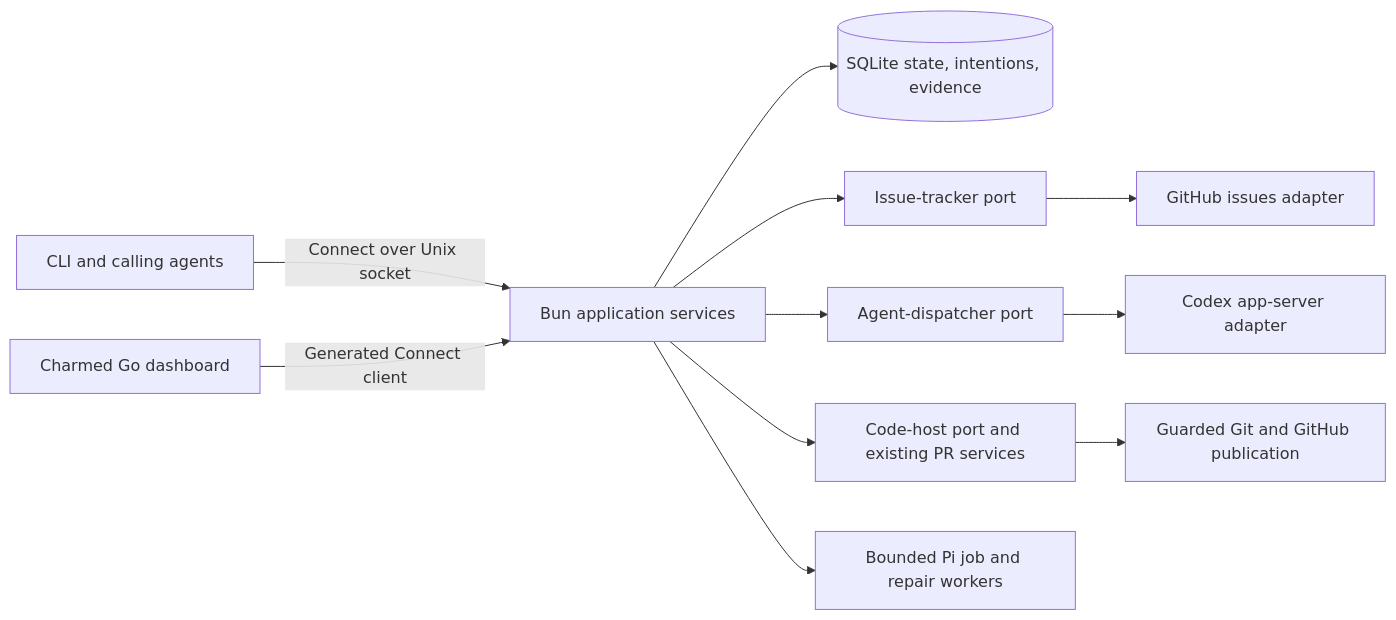
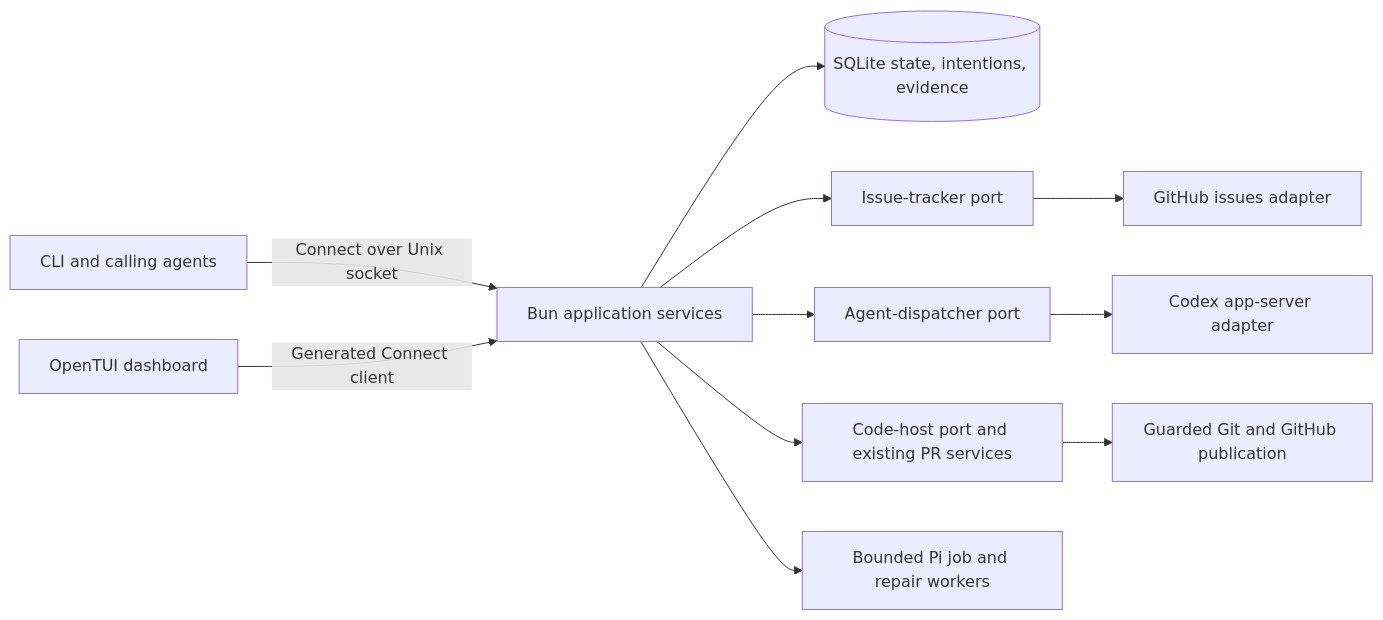
One commit to lanej/octo-manager changed the first of 2 diagrams in docs/architecture.md. Above: the diagram before and after it, drawn with Mermaid. The commit also changed other lines of this file and 126 other files, not shown here.

First line of the commit message:
refactor(tui): replace the Go dashboard with OpenTUI (#104)

````diff
--- a/docs/architecture.md
+++ b/docs/architecture.md
@@ -7,13 +7,13 @@
 ```mermaid
 flowchart LR
     CLI[CLI and calling agents] -->|Connect over Unix socket| App[Bun application services]
-    TUI[Charmed Go dashboard] -->|Generated Connect client| App
+    TUI[OpenTUI dashboard] -->|Generated Connect client| App
     App --> Store[(SQLite state, intentions, evidence)]
     App --> TrackerPort[Issue-tracker port]
     App --> DispatchPort[Agent-dispatcher port]
     App --> CodePort[Code-host port and existing PR services]
     TrackerPort --> Tracker[GitHub issues adapter]
     DispatchPort --> Codex[Codex app-server adapter]
     CodePort --> Git[Guarded Git and GitHub publication]
     App --> Pi[Bounded Pi job and repair workers]
 ```
````
